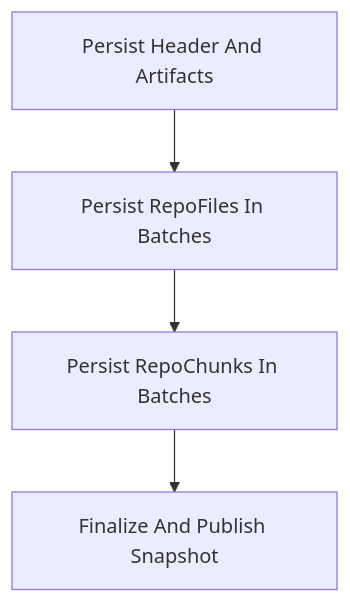
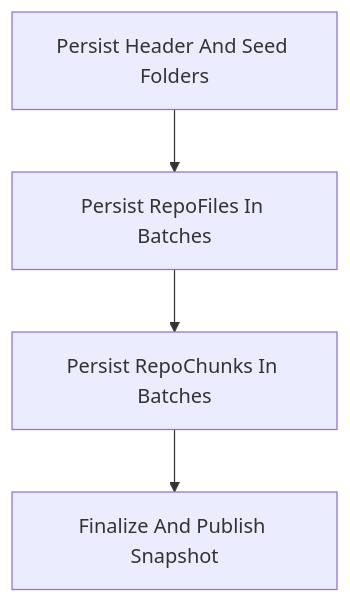
One commit to EricTsai83/systify changed the diagram in docs/import-persistence-system-design.md. Above: the diagram before and after it, drawn with Mermaid. The commit also changed other lines of this file and 31 other files, not shown here.

````diff
--- a/docs/import-persistence-system-design.md
+++ b/docs/import-persistence-system-design.md
@@ -43,9 +42,9 @@
 ```mermaid
 flowchart TD
-  H[Persist Header And Artifacts]
+  H[Persist Header And Seed Folders]
   F[Persist RepoFiles In Batches]
   C[Persist RepoChunks In Batches]
   P[Finalize And Publish Snapshot]
 
   H --> F --> C --> P
 ```
````
